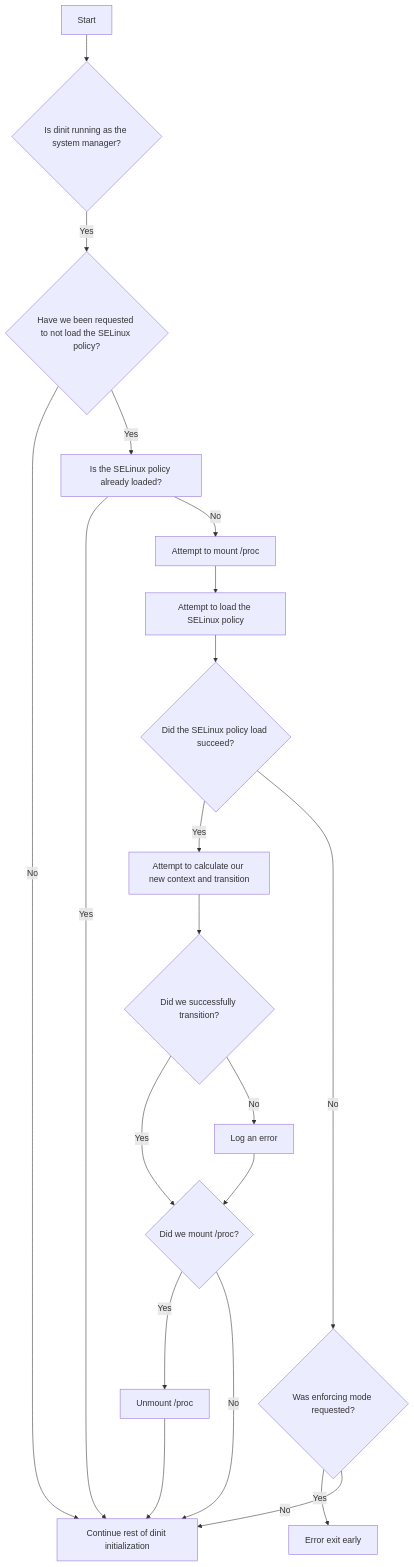
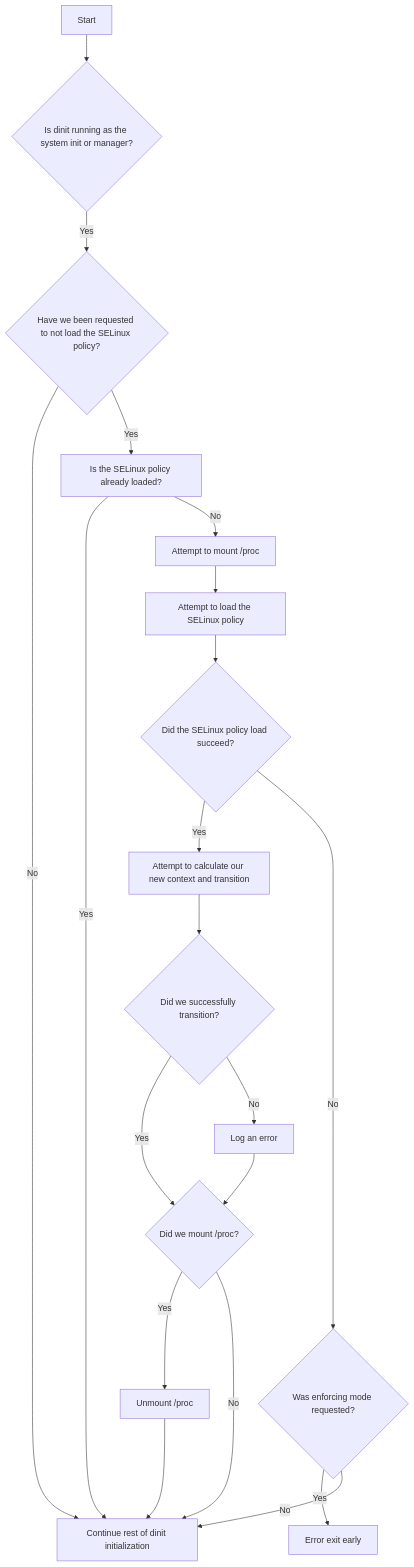
One commit to davmac314/dinit changed the diagram in doc/linux/SELINUX.md. Above: the diagram before and after it, drawn with Mermaid. The commit also changed other lines of this file, not shown here.

````diff
--- a/doc/linux/SELINUX.md
+++ b/doc/linux/SELINUX.md
@@ -22,22 +33,22 @@
 ```mermaid
 flowchart TD
-    A[Start] --> B{"Is dinit running as the system manager?"}
+    A[Start] --> B{"Is dinit running as the system init or manager?"}
     B -->|Yes| C{Have we been requested to not load the SELinux policy?}
     C -->|No| D[Continue rest of dinit initialization]
     C -->|Yes| E[Is the SELinux policy already loaded?]
     E -->|Yes| D
     E --> |No| G[Attempt to mount /proc]
     G --> J[Attempt to load the SELinux policy]
     J --> K{Did the SELinux policy load succeed?}
     K -->|Yes| L[Attempt to calculate our new context and transition]
     K -->|No| M{Was enforcing mode requested?}
     M -->|Yes| I[Error exit early]
     M -->|No| D
     L --> N{Did we successfully transition?}
     N -->|Yes| P{Did we mount /proc?}
     N -->|No| O[Log an error]
     O --> P
     P -->|Yes| Q[Unmount /proc]
     P -->|No| D
     Q --> D
 ```
````
